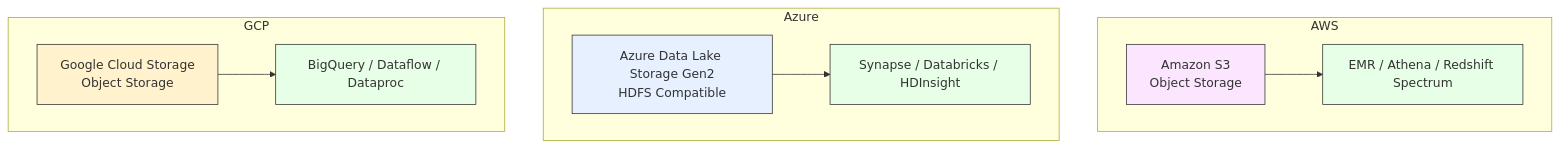
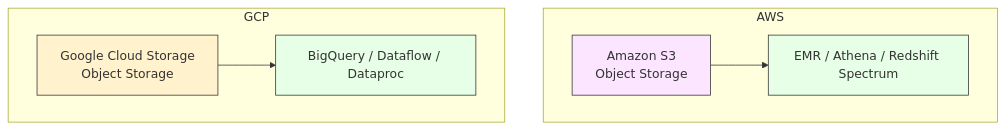
The first of 14 diagrams in README.md (blaire101/DE2-AWS-Azure-GCP-2025), drawn with Mermaid before and after one commit.

````diff
--- a/README.md
+++ b/README.md
@@ -1,26 +1,19 @@
 ```mermaid
 flowchart TB
     subgraph AWS
         S3[Amazon S3<br/>Object Storage] --> EMR[EMR / Athena / Redshift Spectrum]
-    end
-
-    subgraph Azure
-        ADLS[Azure Data Lake Storage Gen2<br/>HDFS Compatible] --> Synapse[Synapse / Databricks / HDInsight]
     end
 
     subgraph GCP
         GCS[Google Cloud Storage<br/>Object Storage] --> BQ[BigQuery / Dataflow / Dataproc]
     end
 
     classDef aws fill:#fce5ff,stroke:#333,stroke-width:1px;
-    classDef azure fill:#e6f0ff,stroke:#333,stroke-width:1px;
     classDef gcp fill:#fff2cc,stroke:#333,stroke-width:1px;
     classDef engine fill:#e6ffe6,stroke:#333,stroke-width:1px;
 
     class S3 aws;
-    class ADLS azure;
     class GCS gcp;
     class EMR engine;
-    class Synapse engine;
     class BQ engine;
 ```
````
